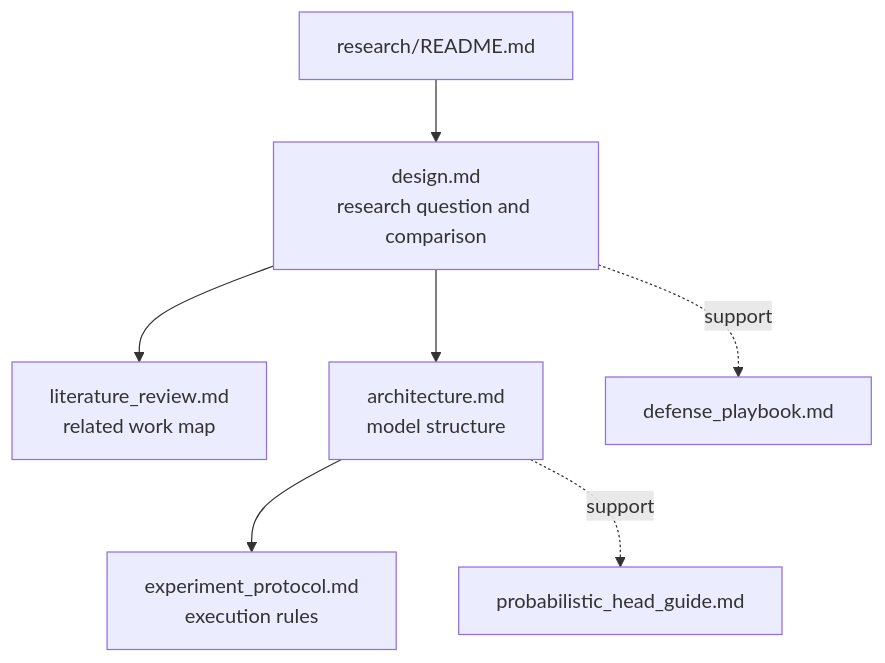
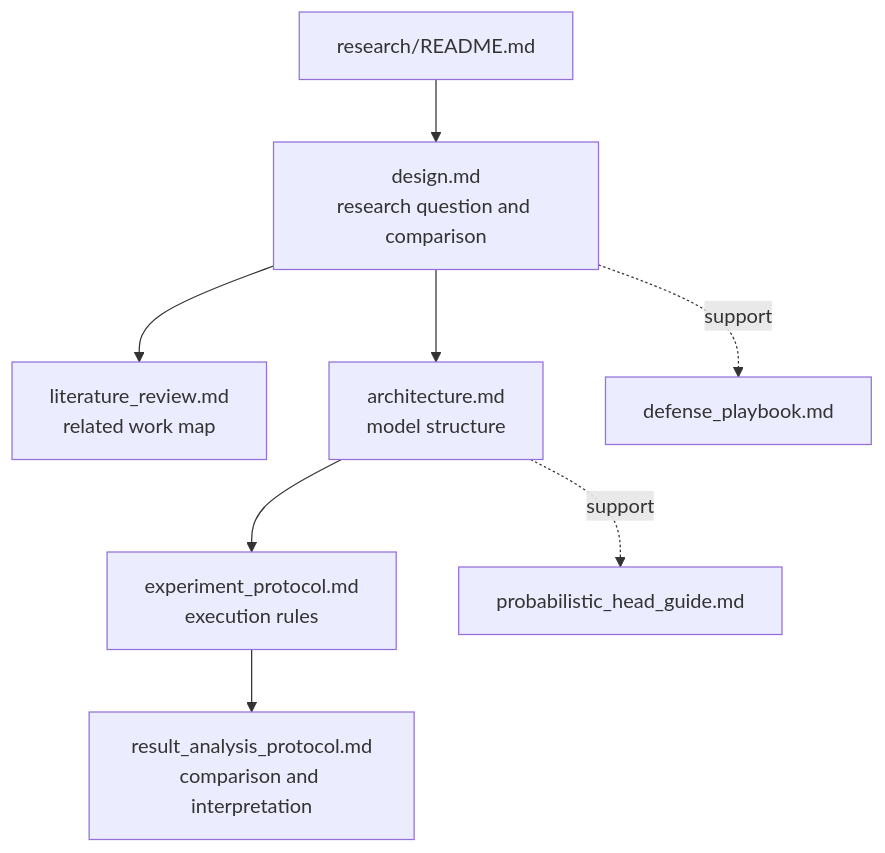
Before and after one commit to mossyantler/flood-underestimation-lstm: the diagram in docs/research/README.md, drawn with Mermaid. The commit also changed other lines of this file and 10 other files, not shown here.

````diff
--- a/docs/research/README.md
+++ b/docs/research/README.md
@@ -9,9 +9,10 @@
 ```mermaid
 flowchart TD
     A["research/README.md"] --> B["design.md<br/>research question and comparison"]
     B --> C["literature_review.md<br/>related work map"]
     B --> D["architecture.md<br/>model structure"]
     D --> E["experiment_protocol.md<br/>execution rules"]
+    E --> H["result_analysis_protocol.md<br/>comparison and interpretation"]
     D -. support .-> F["probabilistic_head_guide.md"]
     B -. support .-> G["defense_playbook.md"]
 ```
````
